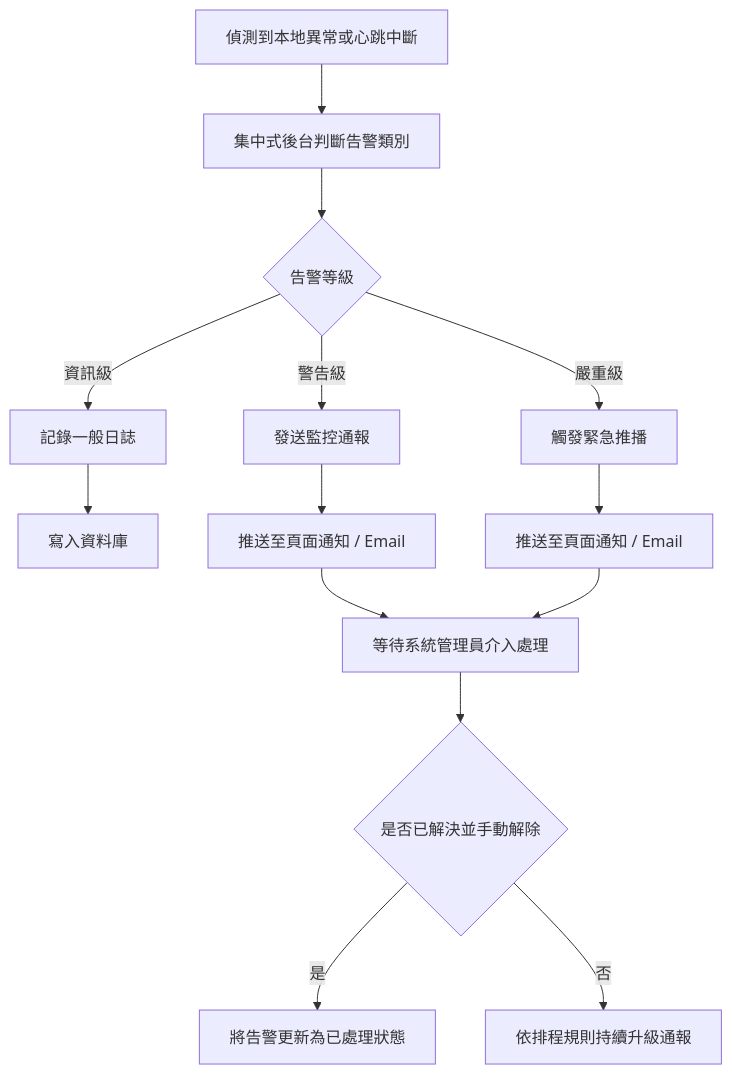
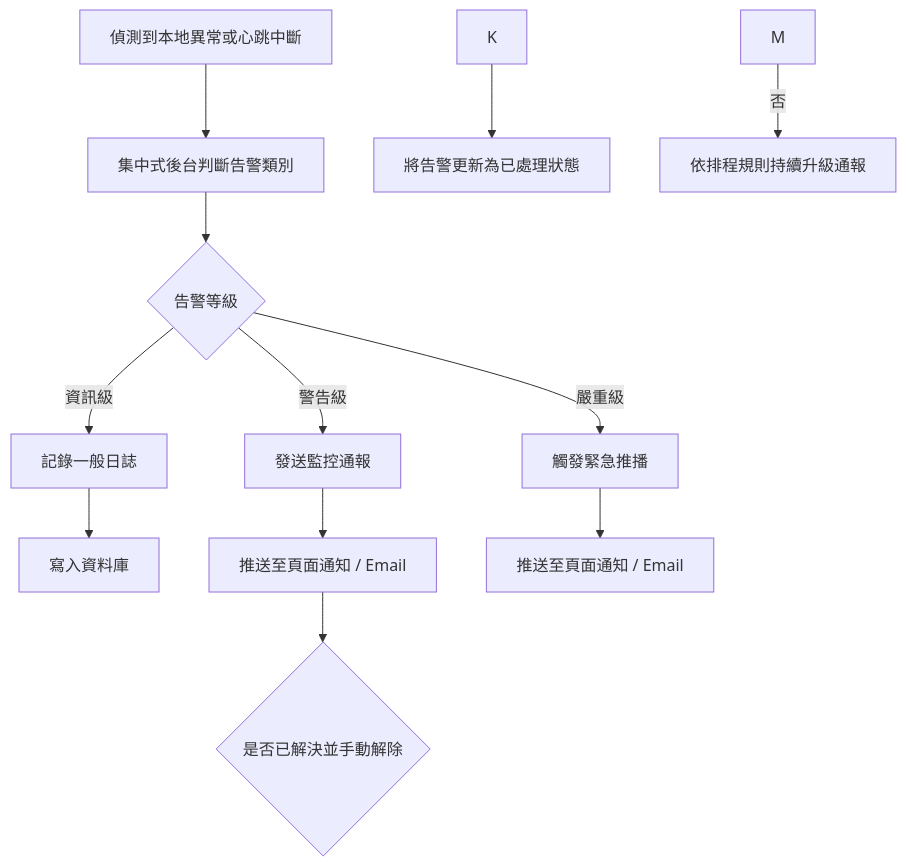
One commit to dimx9173/project_game changed the fifth of 16 diagrams in md/v8/遊戲平台管理系統_功能矩陣與流程圖_旗艦版.md. Above: the diagram before and after it, drawn with Mermaid. The commit also changed other lines of this file and 7 other files, not shown here.

````diff
--- a/md/v8/遊戲平台管理系統_功能矩陣與流程圖_旗艦版.md
+++ b/md/v8/遊戲平台管理系統_功能矩陣與流程圖_旗艦版.md
@@ -340,16 +340,14 @@
 ```mermaid
 flowchart TD
     A[偵測到本地異常或心跳中斷] --> B[集中式後台判斷告警類別]
     B --> C{告警等級}
     C -->|資訊級| D[記錄一般日誌]
     C -->|警告級| E[發送監控通報]
     C -->|嚴重級| F[觸發緊急推播]
     D --> G[寫入資料庫]
     E --> H[推送至頁面通知 / Email]
     F --> I[推送至頁面通知 / Email]
-    H --> J[等待系統管理員介入處理]
-    I --> J
-    J --> K{是否已解決並手動解除}
-    K -->|是| L[將告警更新為已處理狀態]
-    K -->|否| M[依排程規則持續升級通報]
+    H --> J{是否已解決並手動解除}
+    K --> L[將告警更新為已處理狀態]
+    M -->|否| N[依排程規則持續升級通報]
 ```
````
